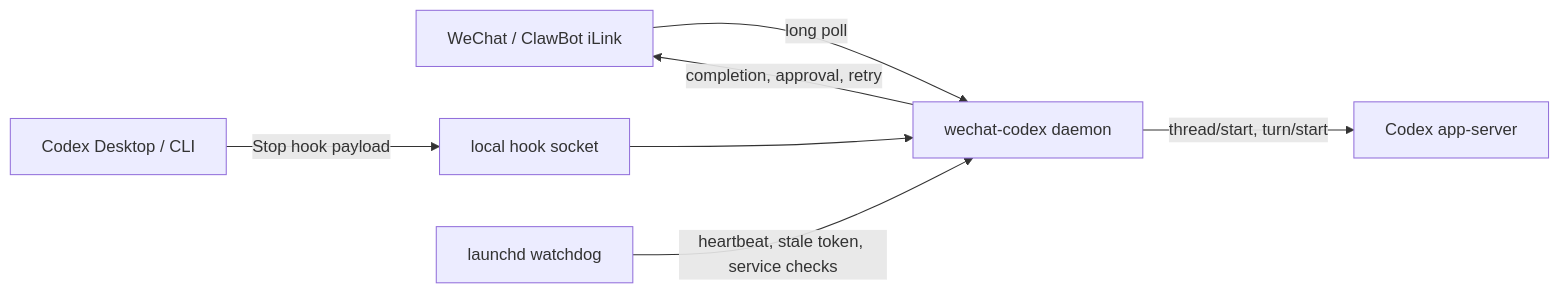
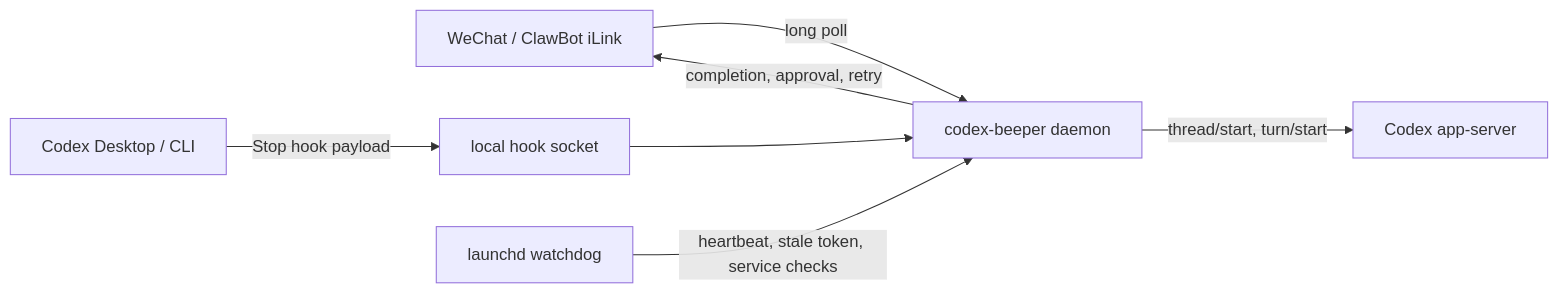
The diagram in README.md (jude864huang-debug/wechat-codex-assistant), drawn with Mermaid before and after one commit. The commit also changed other lines of this file and 14 other files, not shown here.

Commit message:
Rename project to Codex Beeper

````diff
--- a/README.md
+++ b/README.md
@@ -16,9 +16,9 @@
 ```mermaid
 flowchart LR
-  WeChat["WeChat / ClawBot iLink"] -->|long poll| Daemon["wechat-codex daemon"]
+  WeChat["WeChat / ClawBot iLink"] -->|long poll| Daemon["codex-beeper daemon"]
   Daemon -->|thread/start, turn/start| AppServer["Codex app-server"]
   Desktop["Codex Desktop / CLI"] -->|Stop hook payload| Hook["local hook socket"]
   Hook --> Daemon
   Daemon -->|completion, approval, retry| WeChat
   Watchdog["launchd watchdog"] -->|heartbeat, stale token, service checks| Daemon
 ```
````
